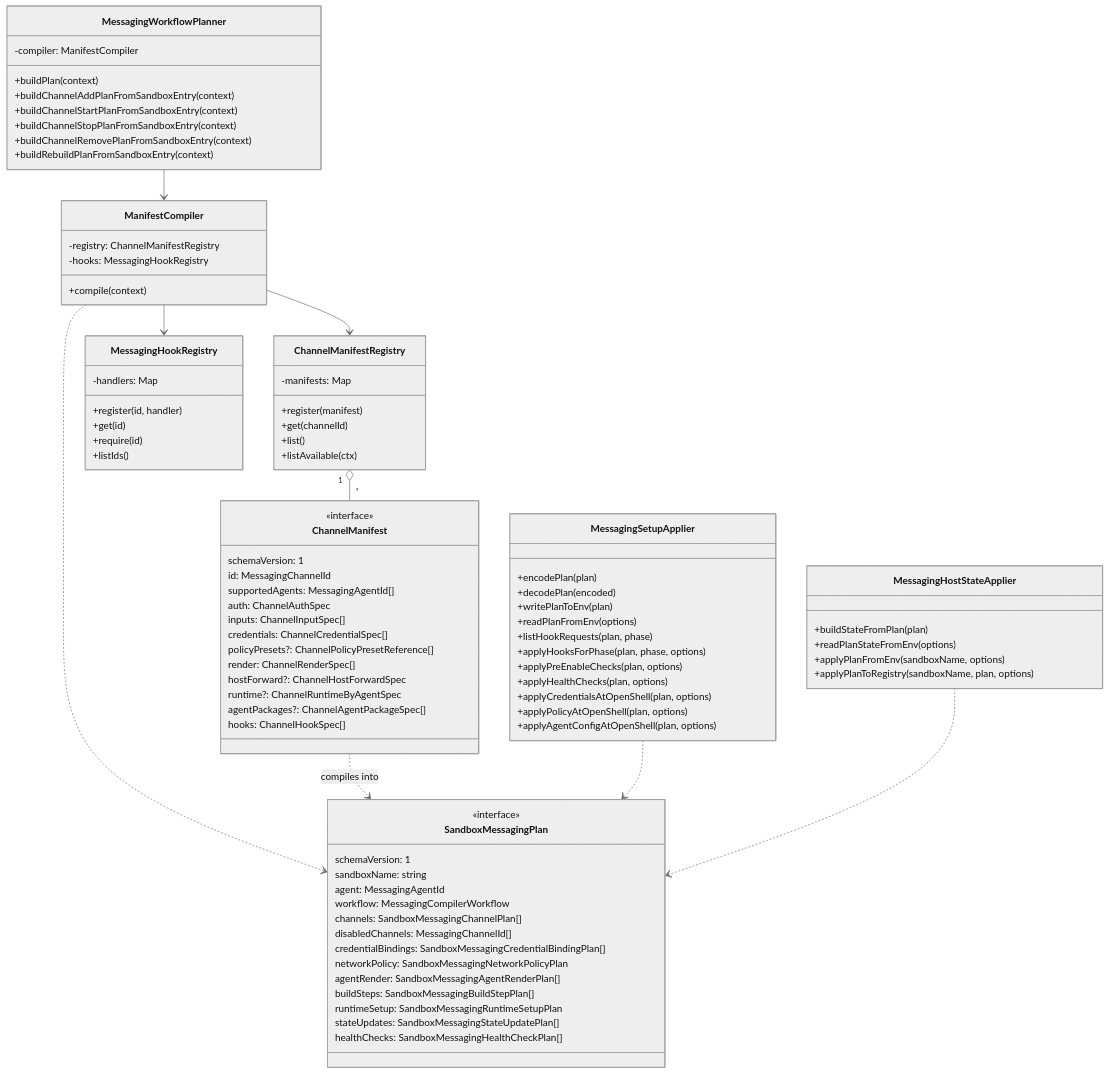
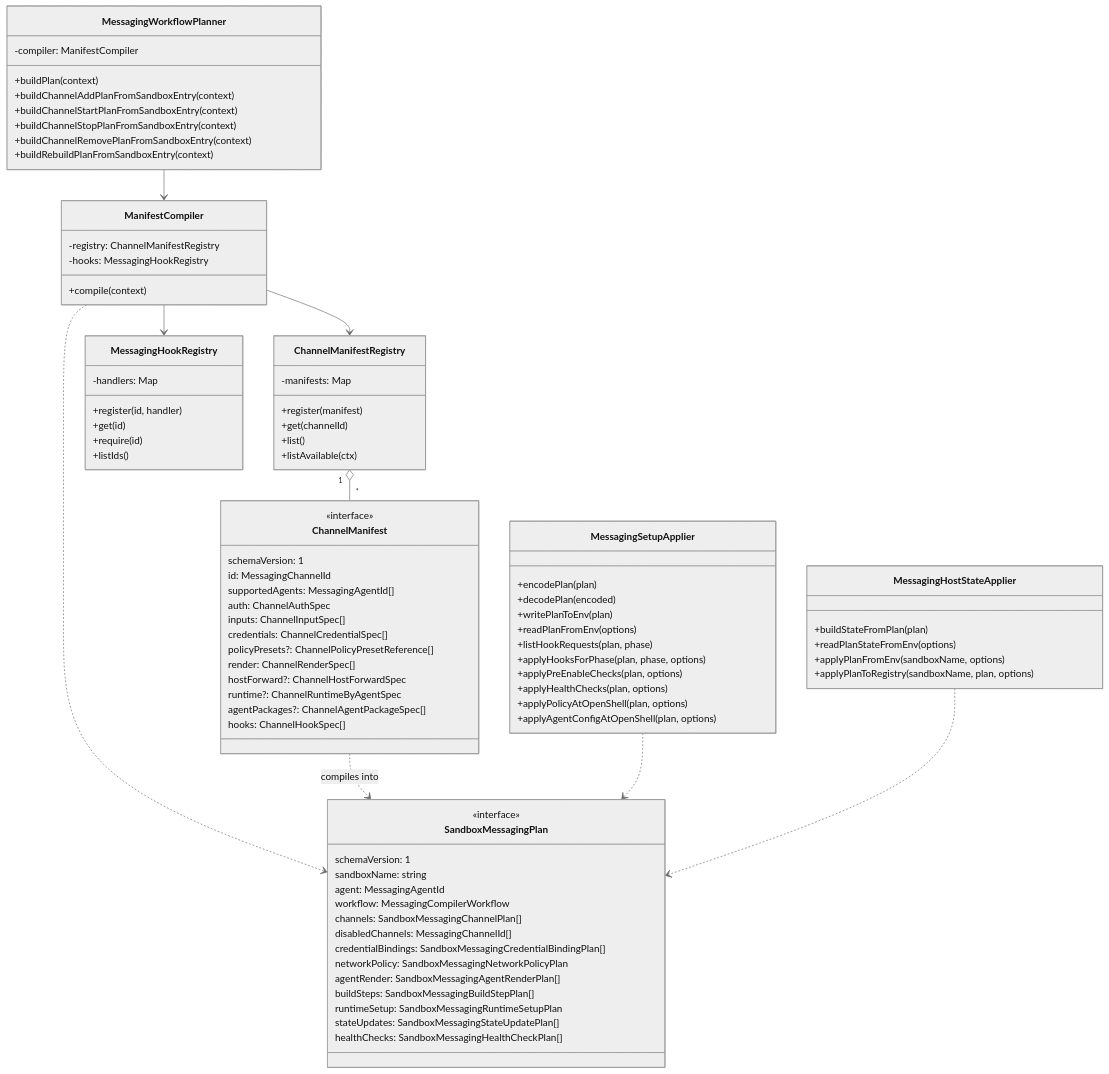
One commit to pastorsj/NemoClaw changed the second of 3 diagrams in src/lib/messaging/README.md. Above: the diagram before and after it, drawn with Mermaid (neutral theme). The commit also changed other lines of this file and 96 other files, not shown here.

```diff
--- a/src/lib/messaging/README.md
+++ b/src/lib/messaging/README.md
@@ -129,7 +129,6 @@
     +applyHooksForPhase(plan, phase, options)
     +applyPreEnableChecks(plan, options)
     +applyHealthChecks(plan, options)
-    +applyCredentialsAtOpenShell(plan, options)
     +applyPolicyAtOpenShell(plan, options)
     +applyAgentConfigAtOpenShell(plan, options)
   }
```
